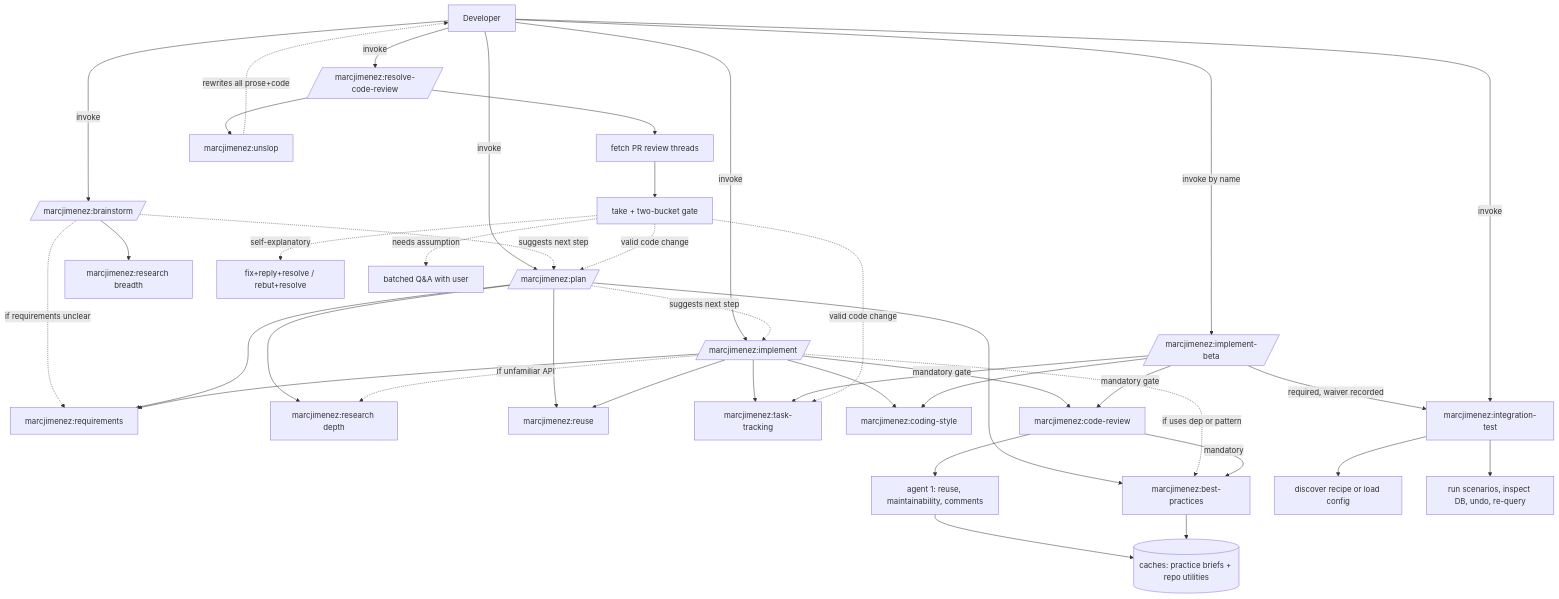
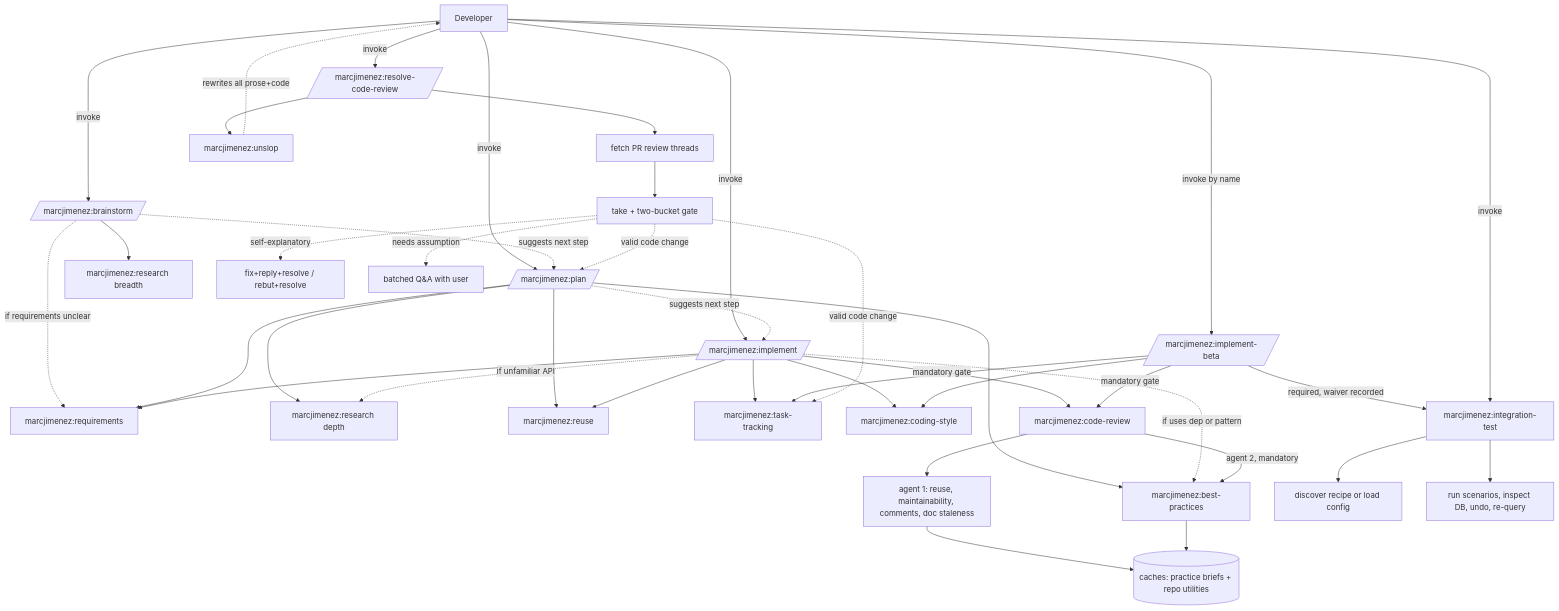
Before and after one commit to marcjimenez/skills: the diagram in README.md, drawn with Mermaid. The commit also changed other lines of this file and 10 other files, not shown here.

````diff
--- a/README.md
+++ b/README.md
@@ -54,42 +54,42 @@
 ```mermaid
 flowchart TD
     U[Developer] -->|invoke| BR[/marcjimenez:brainstorm/]
     U -->|invoke| PL[/marcjimenez:plan/]
     U -->|invoke| IM[/marcjimenez:implement/]
     BR --> RS[marcjimenez:research breadth]
     BR -.if requirements unclear.-> RQ
     BR -.suggests next step.-> PL
     PL --> RQ[marcjimenez:requirements]
     PL --> RSD[marcjimenez:research depth]
     PL --> RU[marcjimenez:reuse]
     PL --> BP[marcjimenez:best-practices]
     PL -.suggests next step.-> IM
     IM --> RQ
     IM --> TT[marcjimenez:task-tracking]
     IM --> RU
     IM --> CS[marcjimenez:coding-style]
     IM -.if unfamiliar API.-> RSD
     IM -.if uses dep or pattern.-> BP
     IM -->|mandatory gate| CR[marcjimenez:code-review]
-    CR --> UA[agent 1: reuse, maintainability, comments]
-    CR -->|mandatory| BP
+    CR --> UA[agent 1: reuse, maintainability, comments, doc staleness]
+    CR -->|agent 2, mandatory| BP
     UA --> CA[(caches: practice briefs + repo utilities)]
     BP --> CA
     U -->|invoke by name| IMB[/marcjimenez:implement-beta/]
     IMB --> TT
     IMB --> CS
     IMB -->|required, waiver recorded| IT[marcjimenez:integration-test]
     IT --> ITD[discover recipe or load config]
     IT --> ITR[run scenarios, inspect DB, undo, re-query]
     IMB -->|mandatory gate| CR
     U -->|invoke| IT
     U -->|invoke| RCR[/marcjimenez:resolve-code-review/]
     RCR --> RCRF[fetch PR review threads]
     RCRF --> RCRT[take + two-bucket gate]
     RCRT -.self-explanatory.-> RCRA[fix+reply+resolve / rebut+resolve]
     RCRT -.needs assumption.-> RCRQ[batched Q&A with user]
     RCRT -.valid code change.-> TT
     RCR --> US[marcjimenez:unslop]
     RCRT -.valid code change.-> PL
     US -.rewrites all prose+code.-> U
 ```
````
